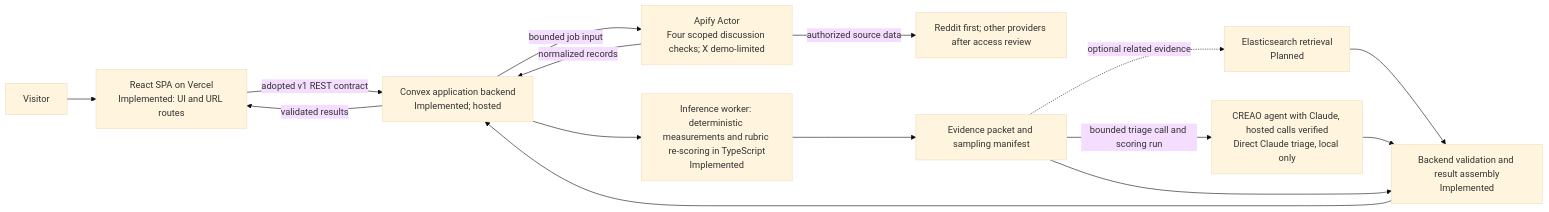
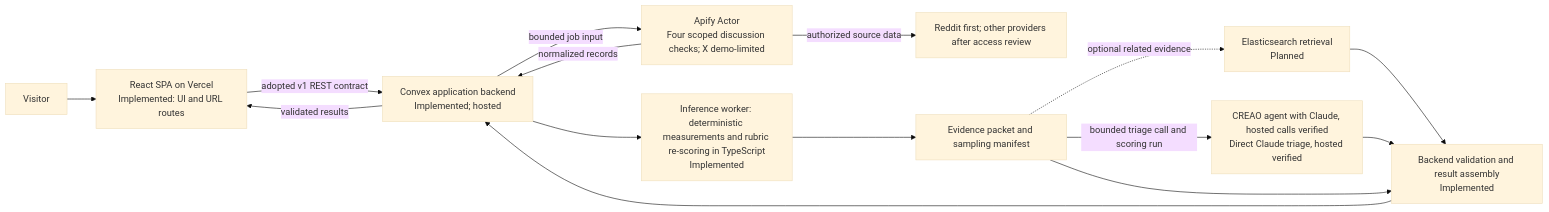
One commit to deadinternettheory-calhacks/dead-internet-theory changed the second of 2 diagrams in SPEC.md. Above: the diagram before and after it, drawn with Mermaid (base theme). The commit also changed other lines of this file and 3 other files, not shown here.

````diff
--- a/SPEC.md
+++ b/SPEC.md
@@ -166,17 +166,17 @@
 ```mermaid
 flowchart LR
     Person[Visitor] --> Web[React SPA on Vercel<br/>Implemented: UI and URL routes]
     Web -->|adopted v1 REST contract| Convex[Convex application backend<br/>Implemented; hosted]
     Convex -->|bounded job input| Apify[Apify Actor<br/>Four scoped discussion checks; X demo-limited]
     Apify -->|authorized source data| Platform[Reddit first; other providers after access review]
     Apify -->|normalized records| Convex
     Convex --> Python[Inference worker: deterministic measurements and rubric re-scoring in TypeScript<br/>Implemented]
     Python --> Packet[Evidence packet and sampling manifest]
     Packet -. optional related evidence .-> Elastic[Elasticsearch retrieval<br/>Planned]
-    Packet -->|bounded triage call and scoring run| CREAO[CREAO agent with Claude, hosted calls verified<br/>Direct Claude triage, local only]
+    Packet -->|bounded triage call and scoring run| CREAO[CREAO agent with Claude, hosted calls verified<br/>Direct Claude triage, hosted verified]
     Elastic --> Validate[Backend validation and result assembly<br/>Implemented]
     CREAO --> Validate
     Packet --> Validate
     Validate --> Convex
     Convex -->|validated results| Web
 ```
````
